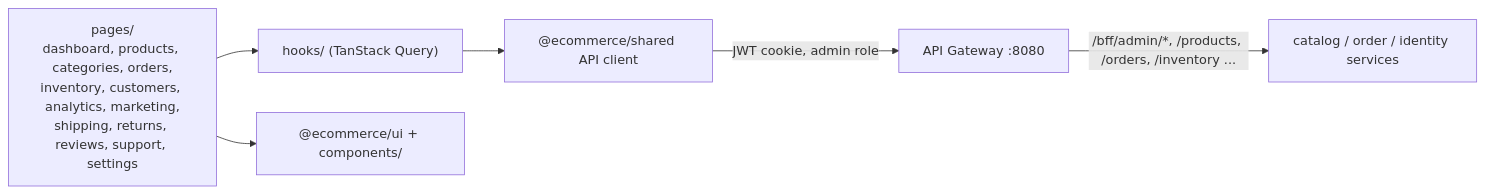
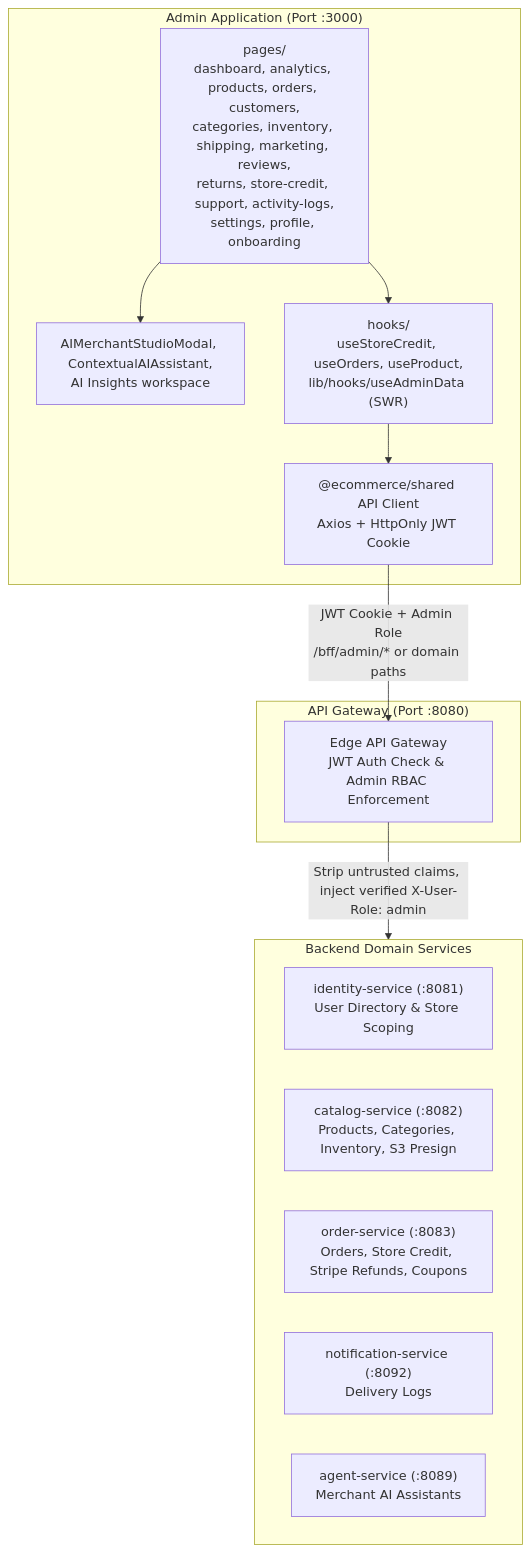
One commit to yashrajoria/E-Commerce changed the diagram in admin/README.md. Above: the diagram before and after it, drawn with Mermaid. The commit also changed other lines of this file and 4 other files, not shown here.

First line of the commit message:
docs: update frontend READMEs (root, admin, storefront, shared, ui)

````diff
--- a/admin/README.md
+++ b/admin/README.md
@@ -7,8 +11,28 @@
 ```mermaid
-flowchart LR
-  Page["pages/<br/>dashboard, products, categories, orders,<br/>inventory, customers, analytics, marketing,<br/>shipping, returns, reviews, support, settings"] --> Hooks["hooks/ (TanStack Query)"]
-  Hooks --> API["@ecommerce/shared API client"]
-  Page --> UI["@ecommerce/ui + components/"]
-  API -->|"JWT cookie, admin role"| GW["API Gateway :8080"]
-  GW -->|"/bff/admin/*, /products, /orders, /inventory ..."| SVC["catalog / order / identity services"]
+flowchart TD
+  subgraph AdminApp["Admin Application (Port :3000)"]
+    Pages["pages/<br/>dashboard, analytics, products, orders, customers,<br/>categories, inventory, shipping, marketing, reviews,<br/>returns, store-credit, support, activity-logs,<br/>settings, profile, onboarding"]
+    AIStudio["AIMerchantStudioModal, ContextualAIAssistant,<br/>AI Insights workspace"]
+    Hooks["hooks/<br/>useStoreCredit, useOrders, useProduct,<br/>lib/hooks/useAdminData (SWR)"]
+    APIClient["@ecommerce/shared API Client<br/>Axios + HttpOnly JWT Cookie"]
+    
+    Pages --> AIStudio
+    Pages --> Hooks
+    Hooks --> APIClient
+  end
+
+  subgraph Gateway["API Gateway (Port :8080)"]
+    GW["Edge API Gateway<br/>JWT Auth Check & Admin RBAC Enforcement"]
+  end
+
+  subgraph Services["Backend Domain Services"]
+    ID["identity-service (:8081)<br/>User Directory & Store Scoping"]
+    CAT["catalog-service (:8082)<br/>Products, Categories, Inventory, S3 Presign"]
+    ORD["order-service (:8083)<br/>Orders, Store Credit, Stripe Refunds, Coupons"]
+    NOT["notification-service (:8092)<br/>Delivery Logs"]
+    AG["agent-service (:8089)<br/>Merchant AI Assistants"]
+  end
+
+  APIClient -->|"JWT Cookie + Admin Role<br/>/bff/admin/* or domain paths"| GW
+  GW -->|"Strip untrusted claims, inject verified X-User-Role: admin"| Services
 ```
````
